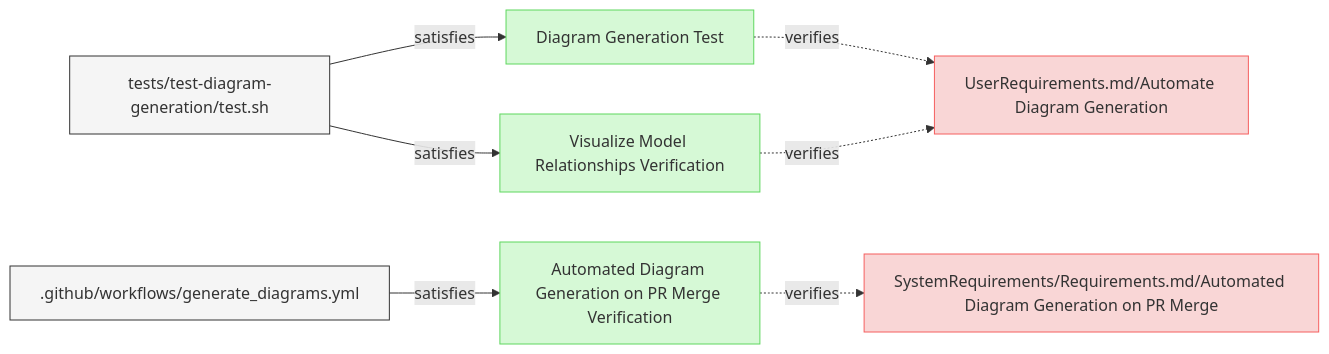
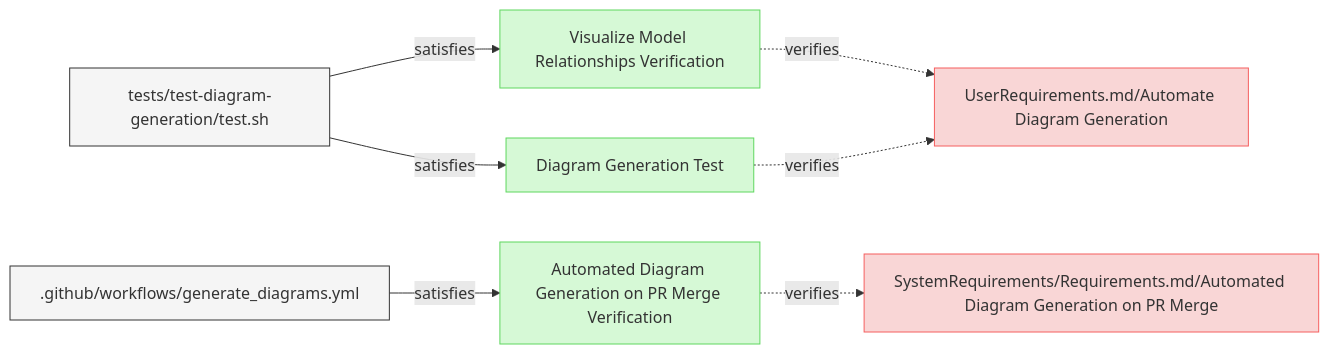
Before and after one commit to reqvire-org/reqvire: the diagram in specifications/Verifications/DiagramsTests.md, drawn with Mermaid. The commit also changed 44 other files, not shown here.

Commit message:
Diagrams bug fixes. Test improvements.

````diff
--- a/specifications/Verifications/DiagramsTests.md
+++ b/specifications/Verifications/DiagramsTests.md
@@ -6,36 +6,39 @@
 ```mermaid
 graph LR;
   %% Graph styling
   classDef requirement fill:#f9d6d6,stroke:#f55f5f,stroke-width:1px;
   classDef verification fill:#d6f9d6,stroke:#5fd75f,stroke-width:1px;
   classDef externalLink fill:#d0e0ff,stroke:#3080ff,stroke-width:1px;
   classDef default fill:#f5f5f5,stroke:#333333,stroke-width:1px;
 
-  2d2cf67bb8070da8["Diagram Generation Test"];
-  click 2d2cf67bb8070da8 "specifications/Verifications/DiagramsTests.md#diagram-generation-test#diagram-generation-test";
-  class 2d2cf67bb8070da8 verification;
+  de8ab093f22a5cd7["Visualize Model Relationships Verification"];
+  class de8ab093f22a5cd7 verification;
+  click de8ab093f22a5cd7 "DiagramsTests.md#visualize-model-relationships-verification";
   98a581084d5542fa["UserRequirements.md/Automate Diagram Generation"];
   class 98a581084d5542fa requirement;
-  click 98a581084d5542fa "specifications/UserRequirements.md#automate-diagram-generation#automate-diagram-generation";
+  click 98a581084d5542fa "../UserRequirements.md#automate-diagram-generation";
+  de8ab093f22a5cd7 -.->|verifies| 98a581084d5542fa;
+  3df49fd1a91c3db7["tests/test-diagram-generation/test.sh"];
+  class 3df49fd1a91c3db7 default;
+  click 3df49fd1a91c3db7 "../../tests/test-diagram-generation/test.sh";
+  3df49fd1a91c3db7 -->|satisfies| de8ab093f22a5cd7;
+  2d2cf67bb8070da8["Diagram Generation Test"];
+  class 2d2cf67bb8070da8 verification;
+  click 2d2cf67bb8070da8 "DiagramsTests.md#diagram-generation-test";
   2d2cf67bb8070da8 -.->|verifies| 98a581084d5542fa;
   3df49fd1a91c3db7["tests/test-diagram-generation/test.sh"];
   class 3df49fd1a91c3db7 default;
-  click 3df49fd1a91c3db7 "tests/test-diagram-generation/test.sh";
+  click 3df49fd1a91c3db7 "../../tests/test-diagram-generation/test.sh";
   3df49fd1a91c3db7 -->|satisfies| 2d2cf67bb8070da8;
-  de8ab093f22a5cd7["Visualize Model Relationships Verification"];
-  click de8ab093f22a5cd7 "specifications/Verifications/DiagramsTests.md#visualize-model-relationships-verification#visualize-model-relationships-verification";
-  class de8ab093f22a5cd7 verification;
-  de8ab093f22a5cd7 -.->|verifies| 98a581084d5542fa;
-  3df49fd1a91c3db7 -->|satisfies| de8ab093f22a5cd7;
   f8849dfe948d04fa["Automated Diagram Generation on PR Merge Verification"];
-  click f8849dfe948d04fa "specifications/Verifications/DiagramsTests.md#automated-diagram-generation-on-pr-merge-verification#automated-diagram-generation-on-pr-merge-verification";
   class f8849dfe948d04fa verification;
+  click f8849dfe948d04fa "DiagramsTests.md#automated-diagram-generation-on-pr-merge-verification";
   3e3df7ad427a88fa["SystemRequirements/Requirements.md/Automated Diagram Generation on PR Merge"];
   class 3e3df7ad427a88fa requirement;
-  click 3e3df7ad427a88fa "specifications/SystemRequirements/Requirements.md#automated-diagram-generation-on-pr-merge#automated-diagram-generation-on-pr-merge";
+  click 3e3df7ad427a88fa "../SystemRequirements/Requirements.md#automated-diagram-generation-on-pr-merge";
   f8849dfe948d04fa -.->|verifies| 3e3df7ad427a88fa;
   98af8a1cf9c86822[".github/workflows/generate_diagrams.yml"];
   class 98af8a1cf9c86822 default;
-  click 98af8a1cf9c86822 ".github/workflows/generate_diagrams.yml";
+  click 98af8a1cf9c86822 "../../.github/workflows/generate_diagrams.yml";
   98af8a1cf9c86822 -->|satisfies| f8849dfe948d04fa;
 ```
````
